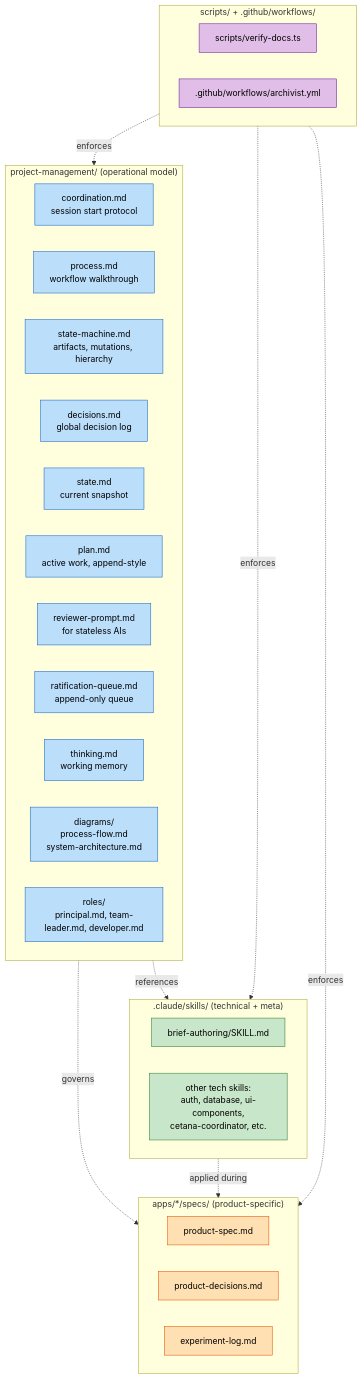
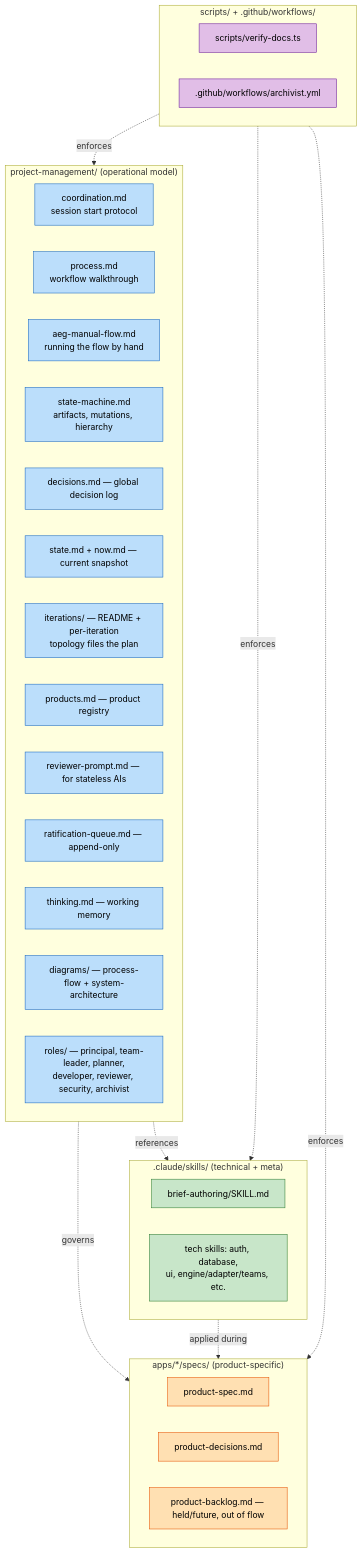
The seventh of 8 diagrams in project-management/diagrams/system-architecture.md (atta-labs/attalabs), drawn with Mermaid before and after one commit. The commit also changed other lines of this file, not shown here.

````diff
--- a/project-management/diagrams/system-architecture.md
+++ b/project-management/diagrams/system-architecture.md
@@ -333,49 +313,51 @@
 ```mermaid
 flowchart TB
     subgraph PM["project-management/ (operational model)"]
         Coord[coordination.md<br/>session start protocol]
         Process[process.md<br/>workflow walkthrough]
+        Manual[aeg-manual-flow.md<br/>running the flow by hand]
         StateMach[state-machine.md<br/>artifacts, mutations, hierarchy]
-        Decisions[decisions.md<br/>global decision log]
-        State[state.md<br/>current snapshot]
-        Plan[plan.md<br/>active work, append-style]
-        Reviewer[reviewer-prompt.md<br/>for stateless AIs]
-        RatQueue[ratification-queue.md<br/>append-only queue]
-        Think[thinking.md<br/>working memory]
-        Diagrams[diagrams/<br/>process-flow.md<br/>system-architecture.md]
-        Roles[roles/<br/>principal.md, team-leader.md, developer.md]
+        Decisions[decisions.md — global decision log]
+        StateNow[state.md + now.md — current snapshot]
+        Iterations[iterations/ — README + per-iteration<br/>topology files the plan]
+        Products[products.md — product registry]
+        Reviewer[reviewer-prompt.md — for stateless AIs]
+        RatQueue[ratification-queue.md — append-only]
+        Think[thinking.md — working memory]
+        Diagrams[diagrams/ — process-flow + system-architecture]
+        Roles[roles/ — principal, team-leader, planner,<br/>developer, reviewer, security, archivist]
     end
 
     subgraph Skills[".claude/skills/ (technical + meta)"]
         BriefSkill[brief-authoring/SKILL.md]
-        OtherSkills[other tech skills:<br/>auth, database, ui-components,<br/>cetana-coordinator, etc.]
+        OtherSkills[tech skills: auth, database,<br/>ui, engine/adapter/teams, etc.]
     end
 
     subgraph Specs["apps/*/specs/ (product-specific)"]
         ProductSpec[product-spec.md]
         ProductDec[product-decisions.md]
-        ExperLog[experiment-log.md]
+        Backlog[product-backlog.md — held/future, out of flow]
     end
 
     subgraph Tooling["scripts/ + .github/workflows/"]
         VerifyScript[scripts/verify-docs.ts]
         ArchivistFlow[.github/workflows/archivist.yml]
     end
 
     PM -.governs.-> Specs
     PM -.references.-> Skills
     Skills -.applied during.-> Specs
     Tooling -.enforces.-> Specs
     Tooling -.enforces.-> Skills
     Tooling -.enforces.-> PM
 
     classDef pmNode fill:#bbdefb,stroke:#1565c0,color:#000
     classDef skillsNode fill:#c8e6c9,stroke:#2e7d32,color:#000
     classDef specsNode fill:#ffe0b2,stroke:#e65100,color:#000
     classDef toolingNode fill:#e1bee7,stroke:#6a1b9a,color:#000
 
-    class Coord,Process,StateMach,Decisions,State,Plan,Reviewer,RatQueue,Think,Diagrams,Roles pmNode
+    class Coord,Process,Manual,StateMach,Decisions,StateNow,Iterations,Products,Reviewer,RatQueue,Think,Diagrams,Roles pmNode
     class BriefSkill,OtherSkills skillsNode
-    class ProductSpec,ProductDec,ExperLog specsNode
+    class ProductSpec,ProductDec,Backlog specsNode
     class VerifyScript,ArchivistFlow toolingNode
 ```
````
